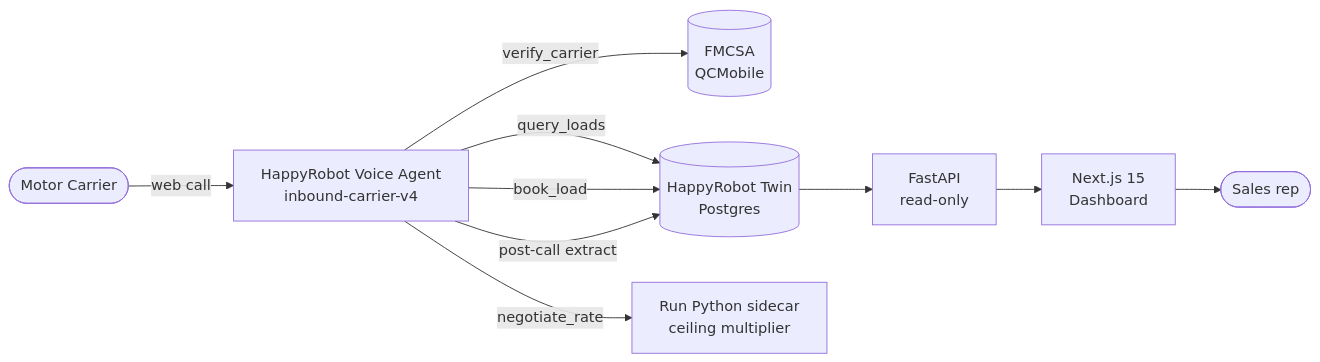
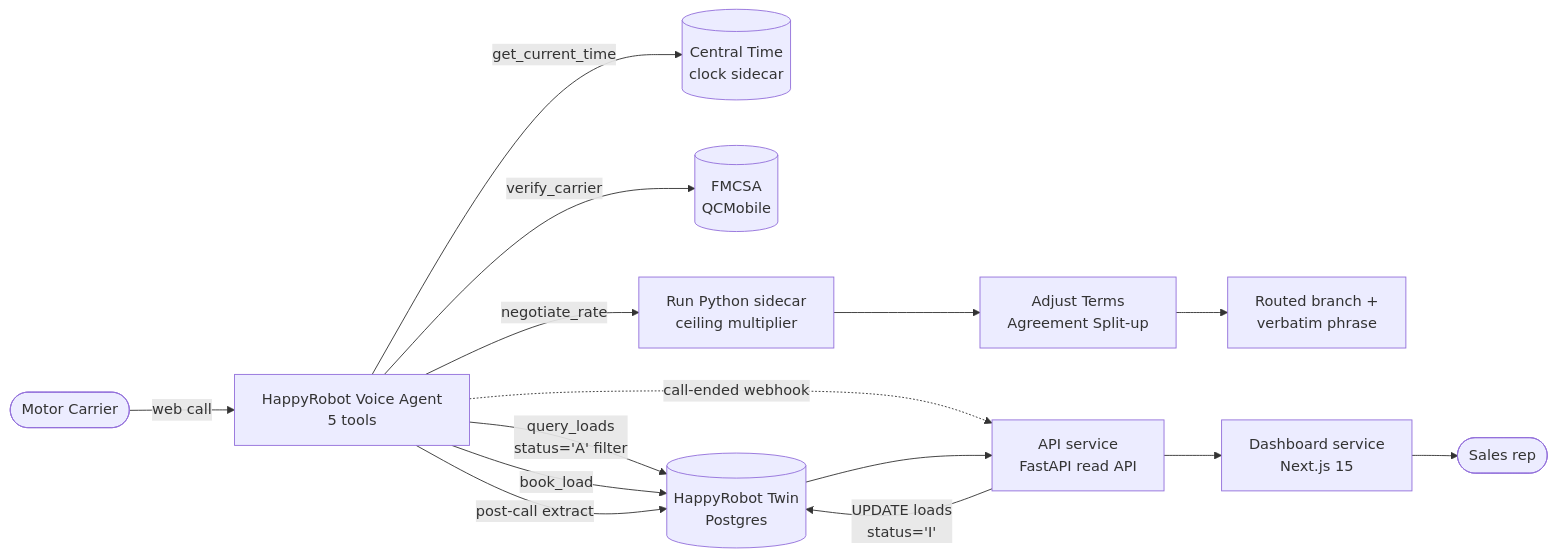
The diagram in README.md (AndresMorones/AcmeLogistics), drawn with Mermaid before and after one commit. The commit also changed other lines of this file and 15 other files, not shown here.

````diff
--- a/README.md
+++ b/README.md
@@ -37,12 +36,15 @@
 ```mermaid
 flowchart LR
-    Carrier([Motor Carrier]) -->|web call| HR[HappyRobot Voice Agent<br/>inbound-carrier-v4]
+    Carrier([Motor Carrier]) -->|web call| HR[HappyRobot Voice Agent<br/>5 tools]
+    HR -->|get_current_time| Clock[(Central Time<br/>clock sidecar)]
     HR -->|verify_carrier| FMCSA[(FMCSA<br/>QCMobile)]
-    HR -->|query_loads| Twin[(HappyRobot Twin<br/>Postgres)]
-    HR -->|negotiate_rate| Sidecar[Run Python sidecar<br/>ceiling multiplier]
+    HR -->|query_loads<br/>status='A' filter| Twin[(HappyRobot Twin<br/>Postgres)]
+    HR -->|negotiate_rate| Sidecar[Run Python sidecar<br/>ceiling multiplier] --> Split[Adjust Terms<br/>Agreement Split-up] --> Branch[Routed branch +<br/>verbatim phrase]
     HR -->|book_load| Twin
     HR -->|post-call extract| Twin
-    Twin --> API[FastAPI<br/>read-only]
-    API --> Dashboard[Next.js 15<br/>Dashboard]
+    HR -.->|call-ended webhook| API
+    API -->|UPDATE loads<br/>status='I'| Twin
+    Twin --> API[API service<br/>FastAPI read API]
+    API --> Dashboard[Dashboard service<br/>Next.js 15]
     Dashboard --> Sales([Sales rep])
 ```
````
